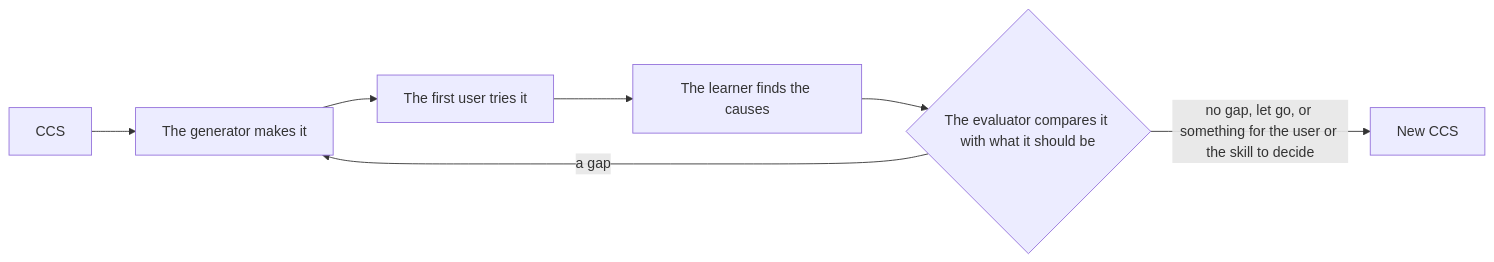
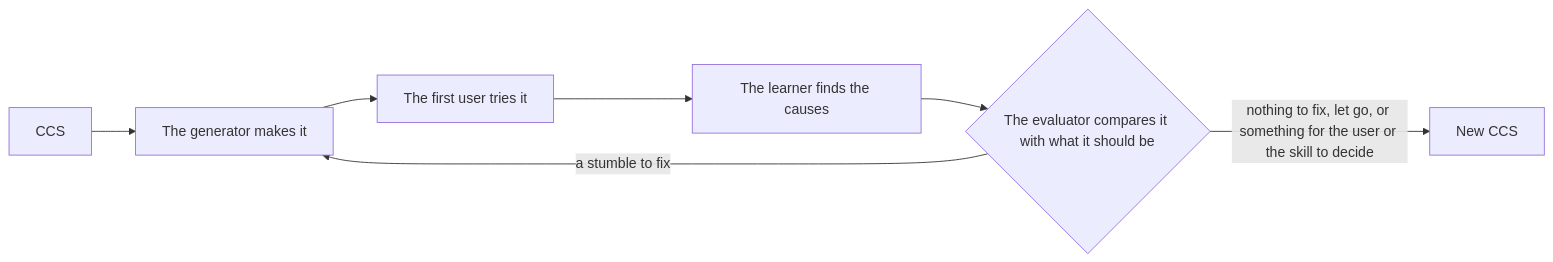
One commit to lovaizu/ccpm changed the diagram in turn/README.md. Above: the diagram before and after it, drawn with Mermaid. The commit also changed other lines of this file and 4 other files, not shown here.

````diff
--- a/turn/README.md
+++ b/turn/README.md
@@ -38,9 +38,9 @@
 ```mermaid
 flowchart LR
   I[CCS] --> M[The generator makes it]
   M --> U[The first user tries it]
   U --> L[The learner finds the causes]
   L --> J{The evaluator compares it with what it should be}
-  J -->|a gap| M
-  J -->|no gap, let go, or something for the user or the skill to decide| O[New CCS]
+  J -->|a stumble to fix| M
+  J -->|nothing to fix, let go, or something for the user or the skill to decide| O[New CCS]
 ```
````
